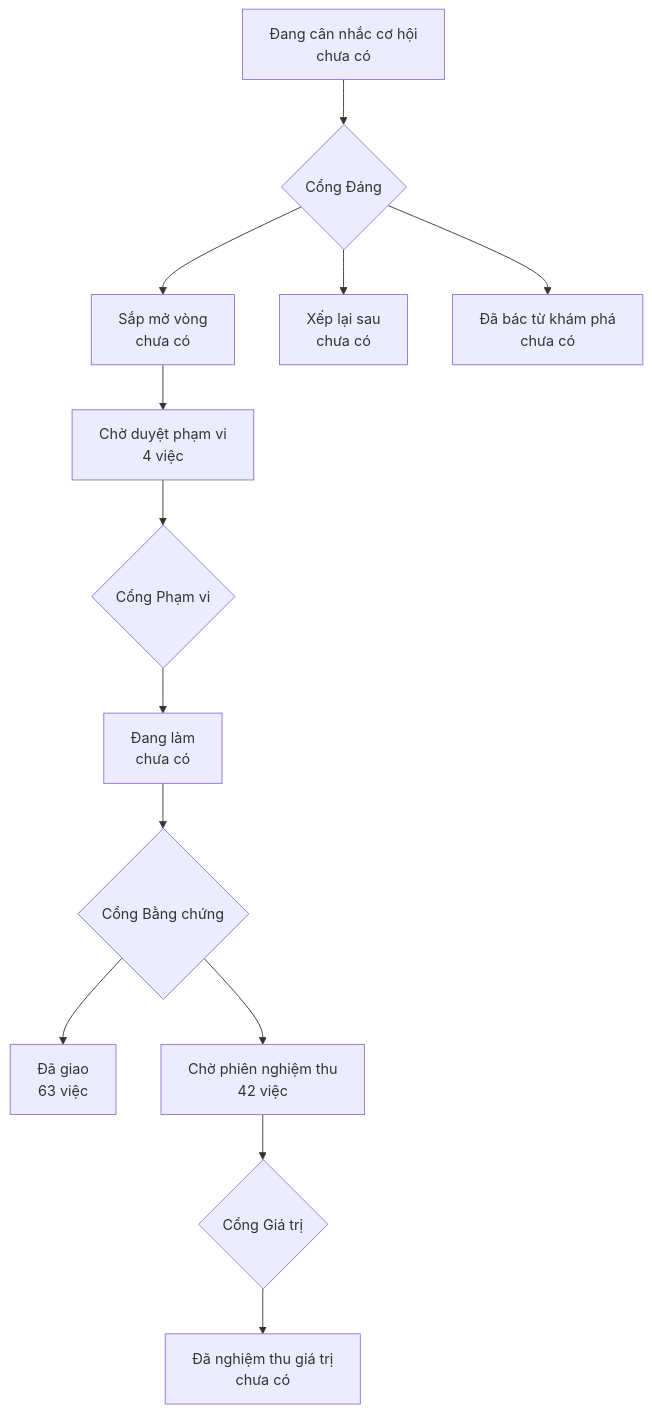
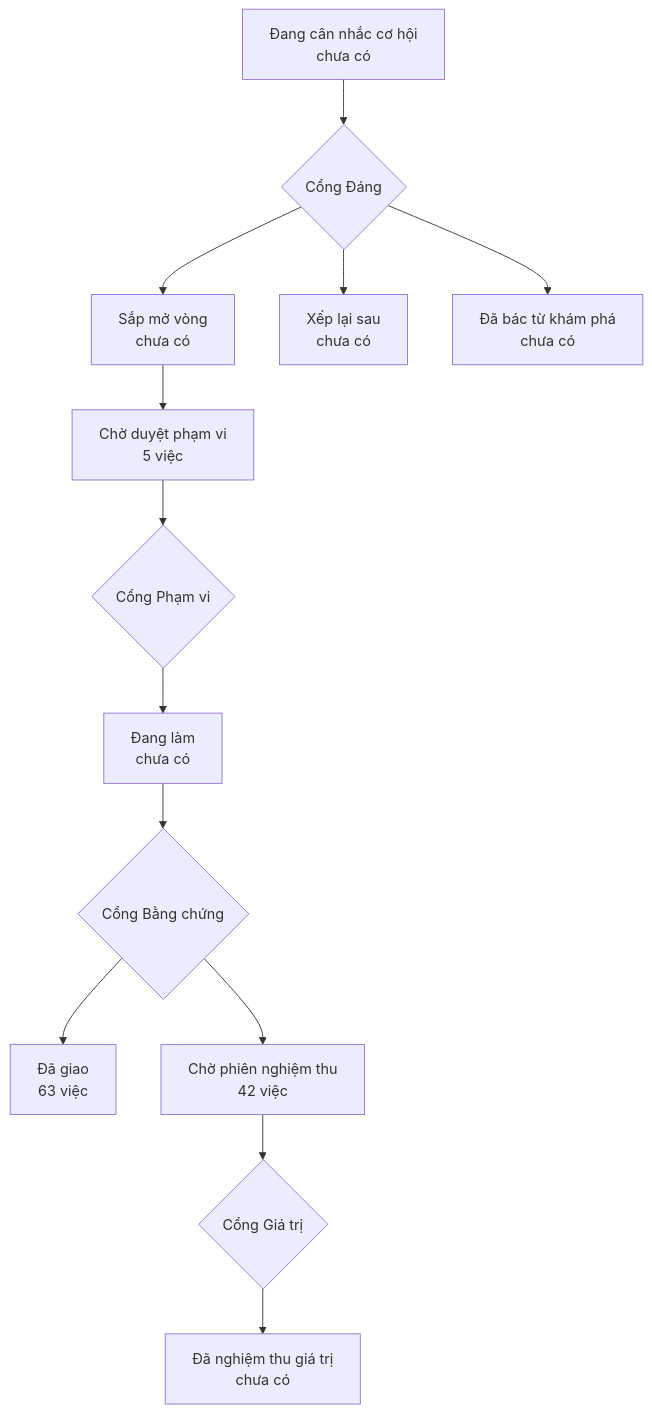
One commit to phanlemanh/onehub-invest changed the diagram in PRODUCT-MAP.md. Above: the diagram before and after it, drawn with Mermaid. The commit also changed other lines of this file and 1 other file, not shown here.

Commit message:
chore(acceptance): vẽ lại bản đồ sản phẩm + lộ trình cho che-do-thu-test-cho-luu

````diff
--- a/PRODUCT-MAP.md
+++ b/PRODUCT-MAP.md
@@ -7,12 +7,12 @@
 ```mermaid
 flowchart TD
   A["Đang cân nhắc cơ hội<br/>chưa có"] --> GD{"Cổng Đáng"}
   GD --> B["Sắp mở vòng<br/>chưa có"]
   GD --> XL["Xếp lại sau<br/>chưa có"]
   GD --> DB["Đã bác từ khám phá<br/>chưa có"]
-  B --> CD["Chờ duyệt phạm vi<br/>4 việc"] --> GP{"Cổng Phạm vi"}
+  B --> CD["Chờ duyệt phạm vi<br/>5 việc"] --> GP{"Cổng Phạm vi"}
   GP --> DL["Đang làm<br/>chưa có"] --> GB{"Cổng Bằng chứng"}
   GB --> DG["Đã giao<br/>63 việc"]
   GB --> CN["Chờ phiên nghiệm thu<br/>42 việc"] --> GG{"Cổng Giá trị"}
   GG --> NT["Đã nghiệm thu giá trị<br/>chưa có"]
 ```
````
